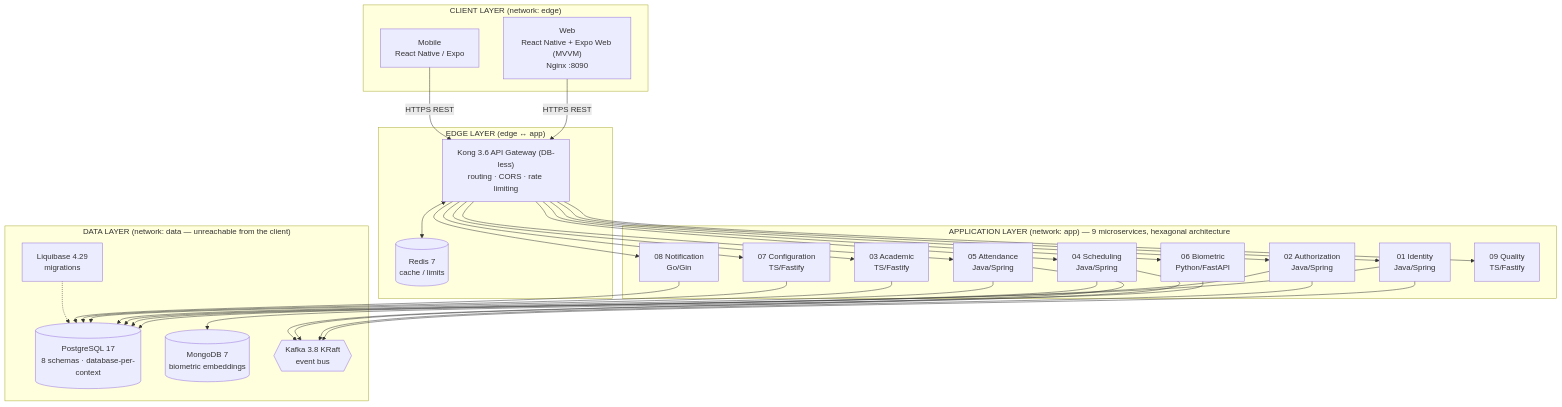
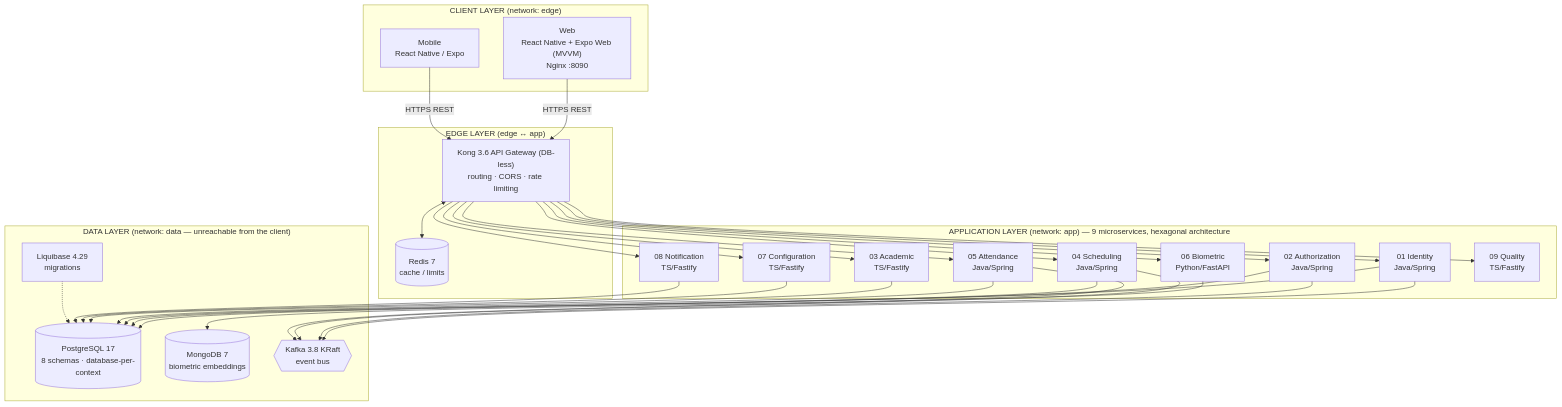
The first of 7 diagrams in 04-final-delivery/09-faceattend-edu/08-manuals/source/technical-manual.md (code-sena/ADSO-3145556), drawn with Mermaid before and after one commit. The commit also changed other lines of this file and 6 other files, not shown here.

````diff
--- a/04-final-delivery/09-faceattend-edu/08-manuals/source/technical-manual.md
+++ b/04-final-delivery/09-faceattend-edu/08-manuals/source/technical-manual.md
@@ -123,41 +120,41 @@
 ```mermaid
 flowchart TB
     subgraph CLIENT["CLIENT LAYER (network: edge)"]
         WEB["Web<br/>React Native + Expo Web (MVVM)<br/>Nginx :8090"]
         MOB["Mobile<br/>React Native / Expo"]
     end
 
     subgraph EDGE["EDGE LAYER (edge ↔ app)"]
         KONG["Kong 3.6 API Gateway (DB-less)<br/>routing · CORS · rate limiting"]
         REDIS[("Redis 7<br/>cache / limits")]
     end
 
     subgraph APPLICATION["APPLICATION LAYER (network: app) — 9 microservices, hexagonal architecture"]
         IDT["01 Identity<br/>Java/Spring"]
         AUT["02 Authorization<br/>Java/Spring"]
         ACA["03 Academic<br/>TS/Fastify"]
         SCH["04 Scheduling<br/>Java/Spring"]
         ATT["05 Attendance<br/>Java/Spring"]
         BIO["06 Biometric<br/>Python/FastAPI"]
         CFG["07 Configuration<br/>TS/Fastify"]
-        NOT["08 Notification<br/>Go/Gin"]
+        NOT["08 Notification<br/>TS/Fastify"]
         QLT["09 Quality<br/>TS/Fastify"]
     end
 
     subgraph DATA["DATA LAYER (network: data — unreachable from the client)"]
         PG[("PostgreSQL 17<br/>8 schemas · database-per-context")]
         MONGO[("MongoDB 7<br/>biometric embeddings")]
         KAFKA{{"Kafka 3.8 KRaft<br/>event bus"}}
         LIQ["Liquibase 4.29<br/>migrations"]
     end
 
     WEB -->|HTTPS REST| KONG
     MOB -->|HTTPS REST| KONG
     KONG <--> REDIS
     KONG --> IDT & AUT & ACA & SCH & ATT & BIO & CFG & NOT & QLT
     IDT & AUT & SCH & ATT --> PG
     ACA & CFG & NOT --> PG
     BIO --> MONGO
     IDT & AUT & SCH & ATT --> KAFKA
     LIQ -.-> PG
 ```
````
